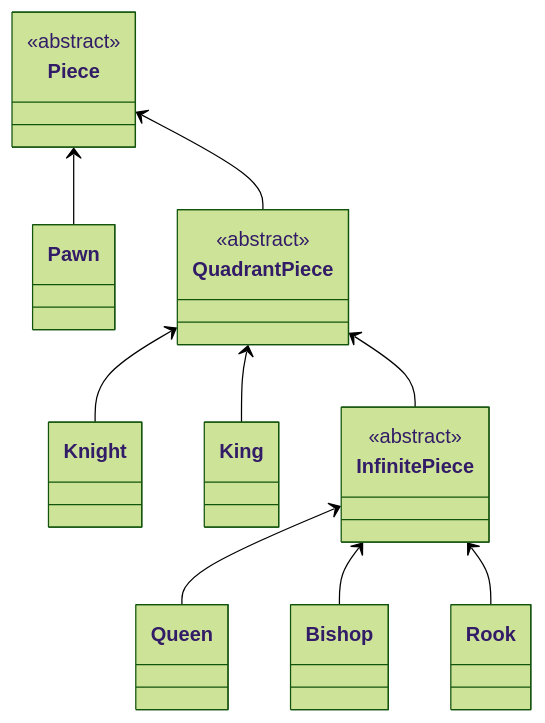
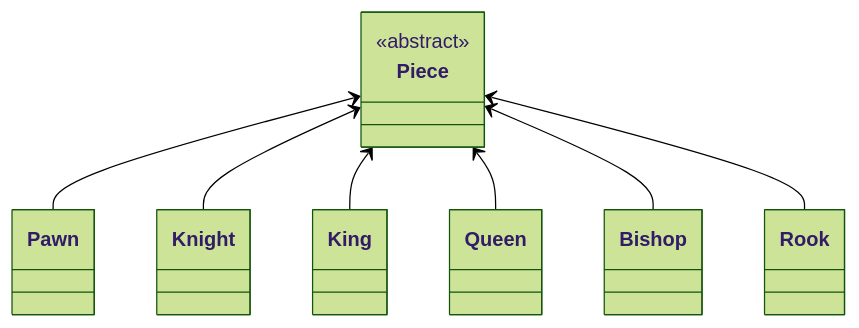
One commit to woowacourse/java-chess changed the diagram in README.md. Above: the diagram before and after it, drawn with Mermaid (forest theme). The commit also changed other lines of this file and 31 other files, not shown here.

````diff
--- a/README.md
+++ b/README.md
@@ -95,15 +91,11 @@
 ```mermaid
 classDiagram
     Piece <-- Pawn
-    QuadrantPiece <-- Knight
-    QuadrantPiece <-- King
-    InfinitePiece <-- Queen
-    InfinitePiece <-- Bishop
-    InfinitePiece <-- Rook
-    QuadrantPiece <-- InfinitePiece
-    Piece <-- QuadrantPiece
+    Piece <-- Knight
+    Piece <-- King
+    Piece <-- Queen
+    Piece <-- Bishop
+    Piece <-- Rook
 
     <<abstract>> Piece
-    <<abstract>> QuadrantPiece
-    <<abstract>> InfinitePiece
 ```
````
